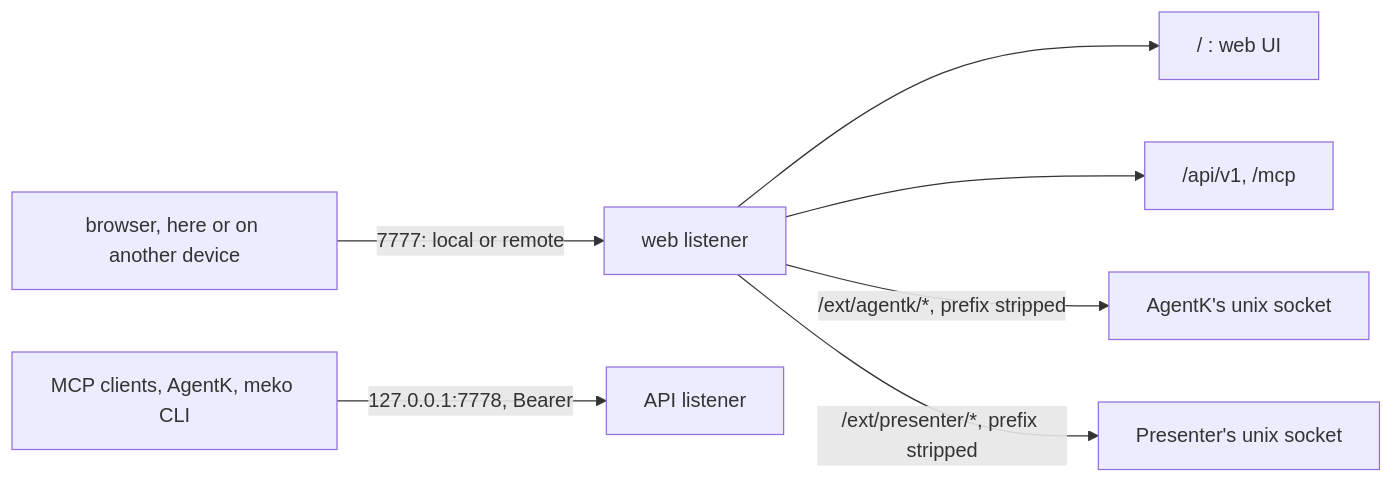
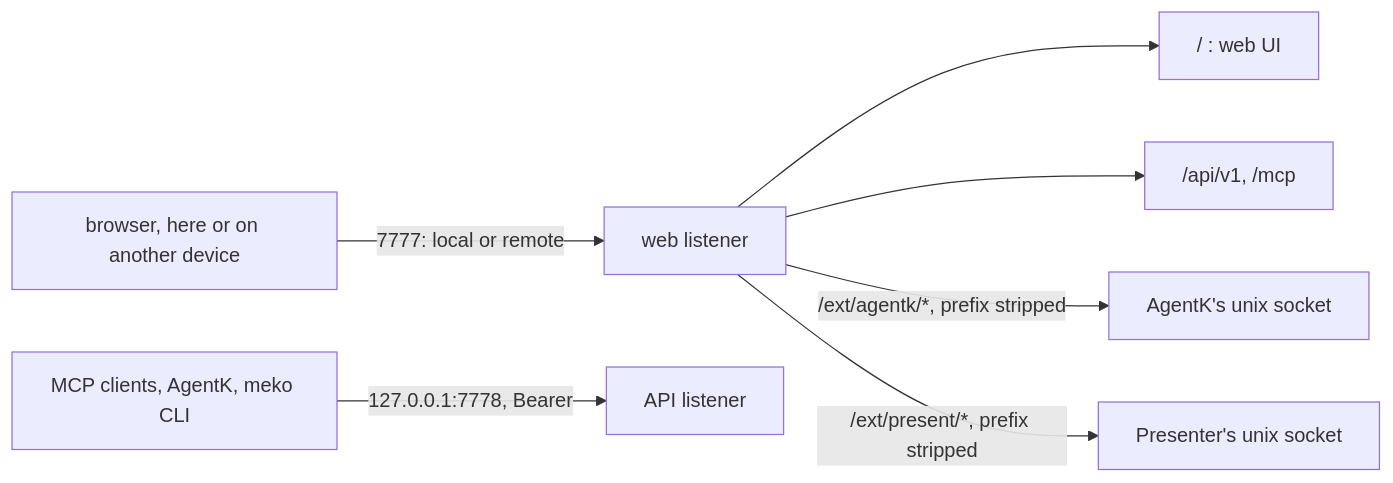
Before and after one commit to yugabyte/meko: the diagram in src/meko/docs/web.md, drawn with Mermaid. The commit also changed other lines of this file and 250 other files, not shown here.

````diff
--- a/src/meko/docs/web.md
+++ b/src/meko/docs/web.md
@@ -9,9 +9,9 @@
 ```mermaid
 flowchart LR
   b["browser, here or on another device"] -->|"7777: local or remote"| web["web listener"]
   web --> ui["/ : web UI"]
   web --> data["/api/v1, /mcp"]
   web -->|"/ext/agentk/*, prefix stripped"| sock["AgentK's unix socket"]
-  web -->|"/ext/presenter/*, prefix stripped"| psock["Presenter's unix socket"]
+  web -->|"/ext/present/*, prefix stripped"| psock["Presenter's unix socket"]
   agents["MCP clients, AgentK, meko CLI"] -->|"127.0.0.1:7778, Bearer"| api["API listener"]
 ```
````
